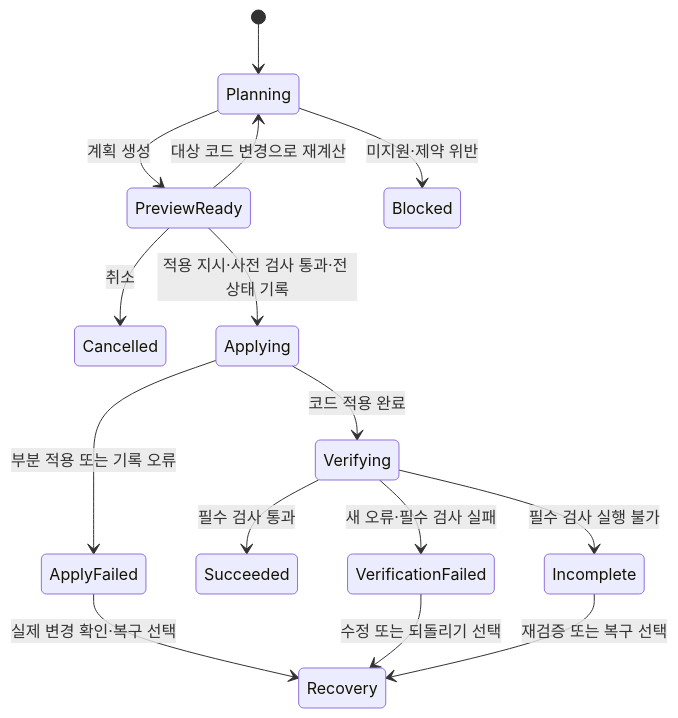
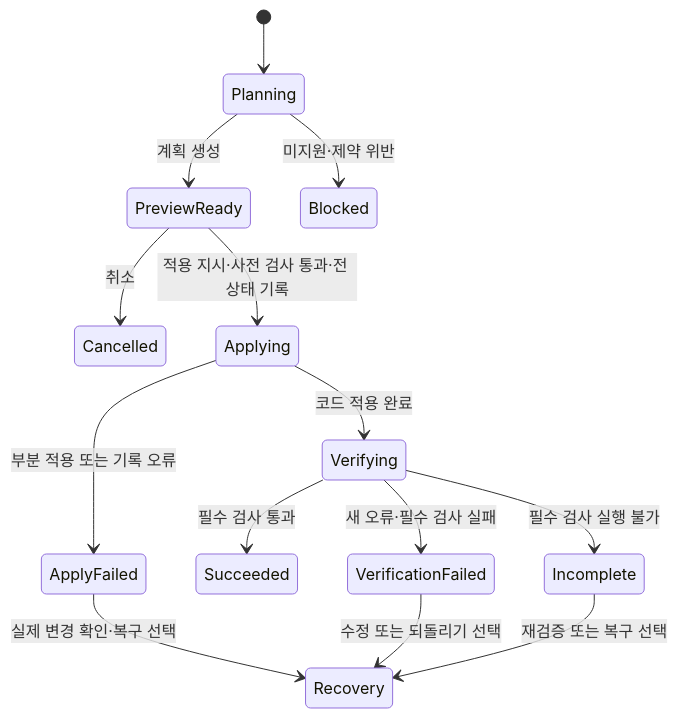
One commit to sjh354/skein changed the second of 2 diagrams in docs/DESIGN.md. Above: the diagram before and after it, drawn with Mermaid. The commit also changed other lines of this file and 17 other files, not shown here.

````diff
--- a/docs/DESIGN.md
+++ b/docs/DESIGN.md
@@ -306,17 +212,16 @@
 ```mermaid
 stateDiagram-v2
     [*] --> Planning
     Planning --> PreviewReady: 계획 생성
     Planning --> Blocked: 미지원·제약 위반
-    PreviewReady --> Planning: 대상 코드 변경으로 재계산
     PreviewReady --> Cancelled: 취소
     PreviewReady --> Applying: 적용 지시·사전 검사 통과·전 상태 기록
     Applying --> Verifying: 코드 적용 완료
     Applying --> ApplyFailed: 부분 적용 또는 기록 오류
     Verifying --> Succeeded: 필수 검사 통과
     Verifying --> VerificationFailed: 새 오류·필수 검사 실패
     Verifying --> Incomplete: 필수 검사 실행 불가
     ApplyFailed --> Recovery: 실제 변경 확인·복구 선택
     VerificationFailed --> Recovery: 수정 또는 되돌리기 선택
     Incomplete --> Recovery: 재검증 또는 복구 선택
 ```
````
